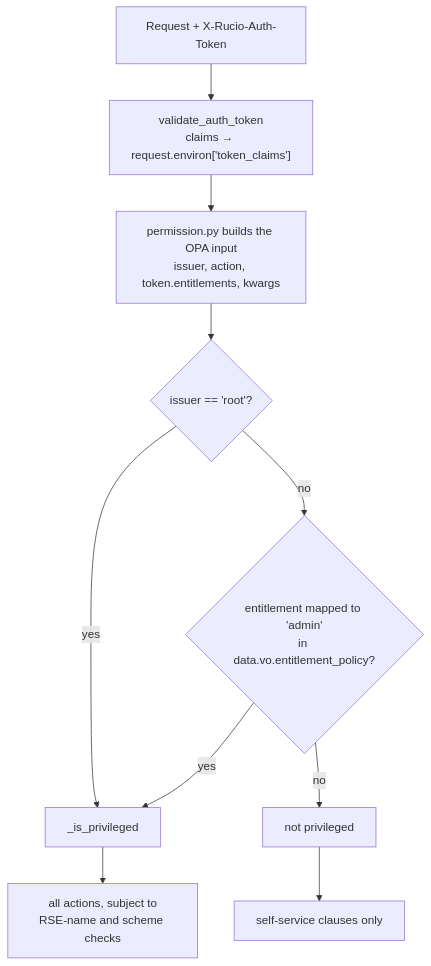
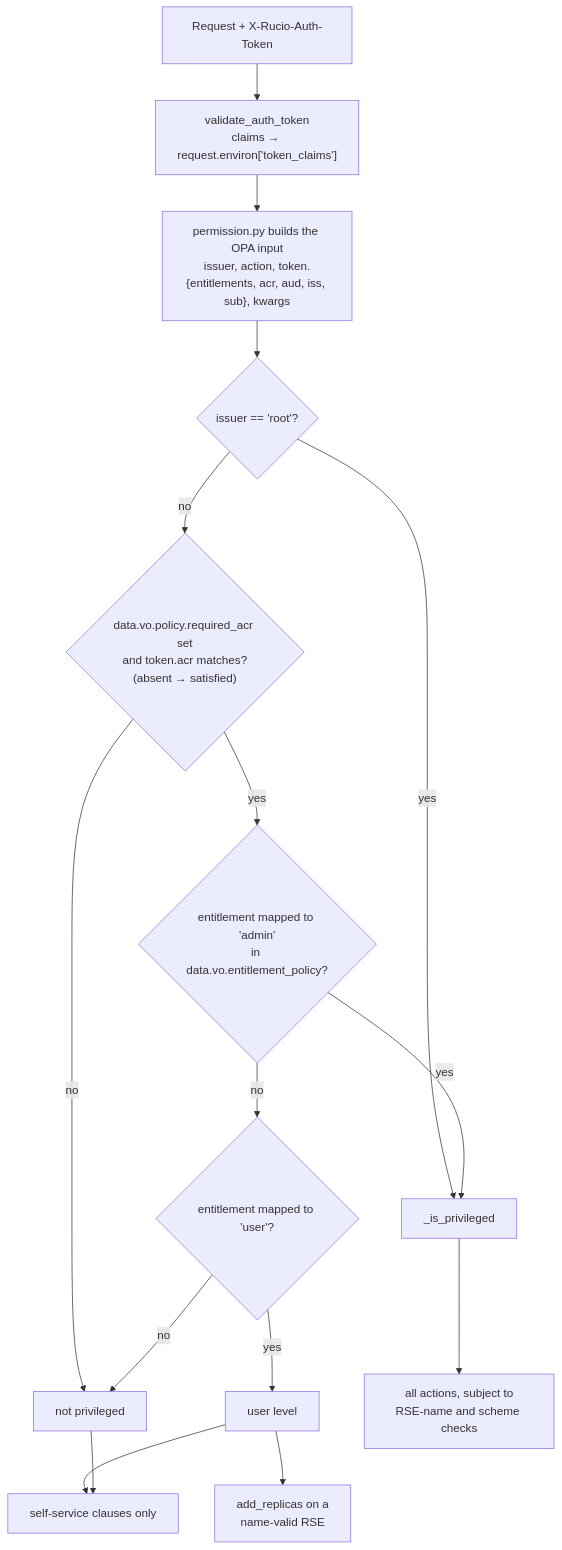
The fourth of 5 diagrams in docs/authz-flow-diagrams.md (mgajek-cern/opa-policy-package), drawn with Mermaid before and after one commit. The commit also changed other lines of this file and 16 other files, not shown here.

````diff
--- a/docs/authz-flow-diagrams.md
+++ b/docs/authz-flow-diagrams.md
@@ -82,12 +80,18 @@
 ```mermaid
 flowchart TD
     T["Request + X-Rucio-Auth-Token"] --> V["validate_auth_token<br/>claims → request.environ['token_claims']"]
-    V --> P["permission.py builds the OPA input<br/>issuer, action, token.entitlements, kwargs"]
+    V --> P["permission.py builds the OPA input<br/>issuer, action, token.{entitlements, acr, aud, iss, sub}, kwargs"]
     P --> I{"issuer == 'root'?"}
     I -->|yes| PRIV["_is_privileged"]
-    I -->|no| E{"entitlement mapped to 'admin'<br/>in data.vo.entitlement_policy?"}
+    I -->|no| A{"data.vo.policy.required_acr set<br/>and token.acr matches?<br/>(absent → satisfied)"}
+    A -->|no| U["not privileged"]
+    A -->|yes| E{"entitlement mapped to 'admin'<br/>in data.vo.entitlement_policy?"}
     E -->|yes| PRIV
-    E -->|no| U["not privileged"]
+    E -->|no| L{"entitlement mapped to 'user'?"}
+    L -->|yes| USER["user level"]
+    L -->|no| U
     PRIV --> ALL["all actions, subject to<br/>RSE-name and scheme checks"]
+    USER --> UADD["add_replicas on a<br/>name-valid RSE"]
+    USER --> SELF
     U --> SELF["self-service clauses only"]
 ```
````
